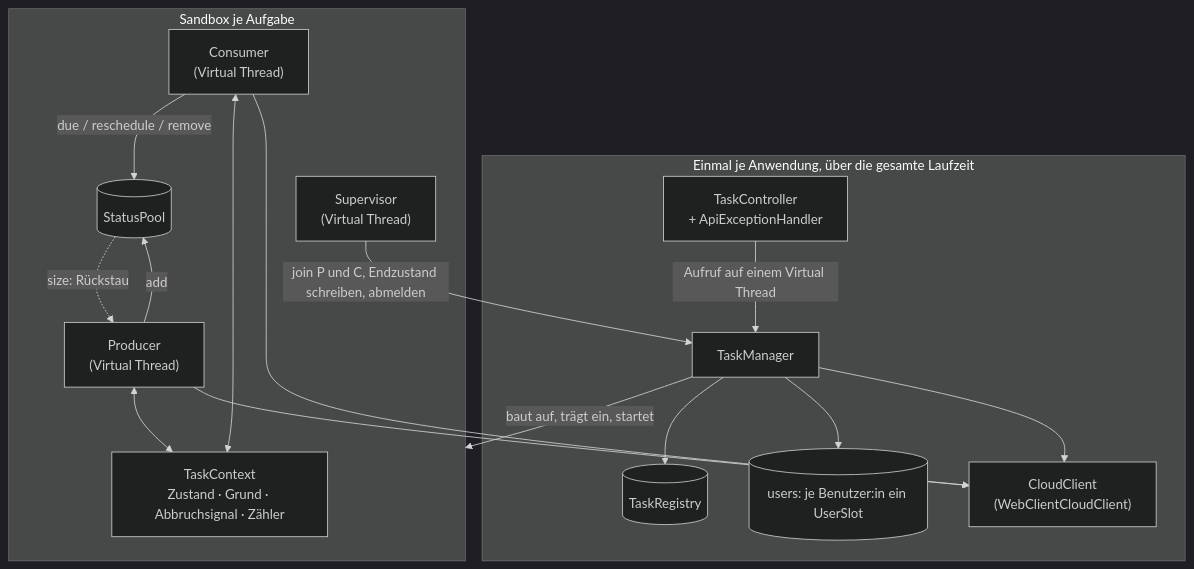
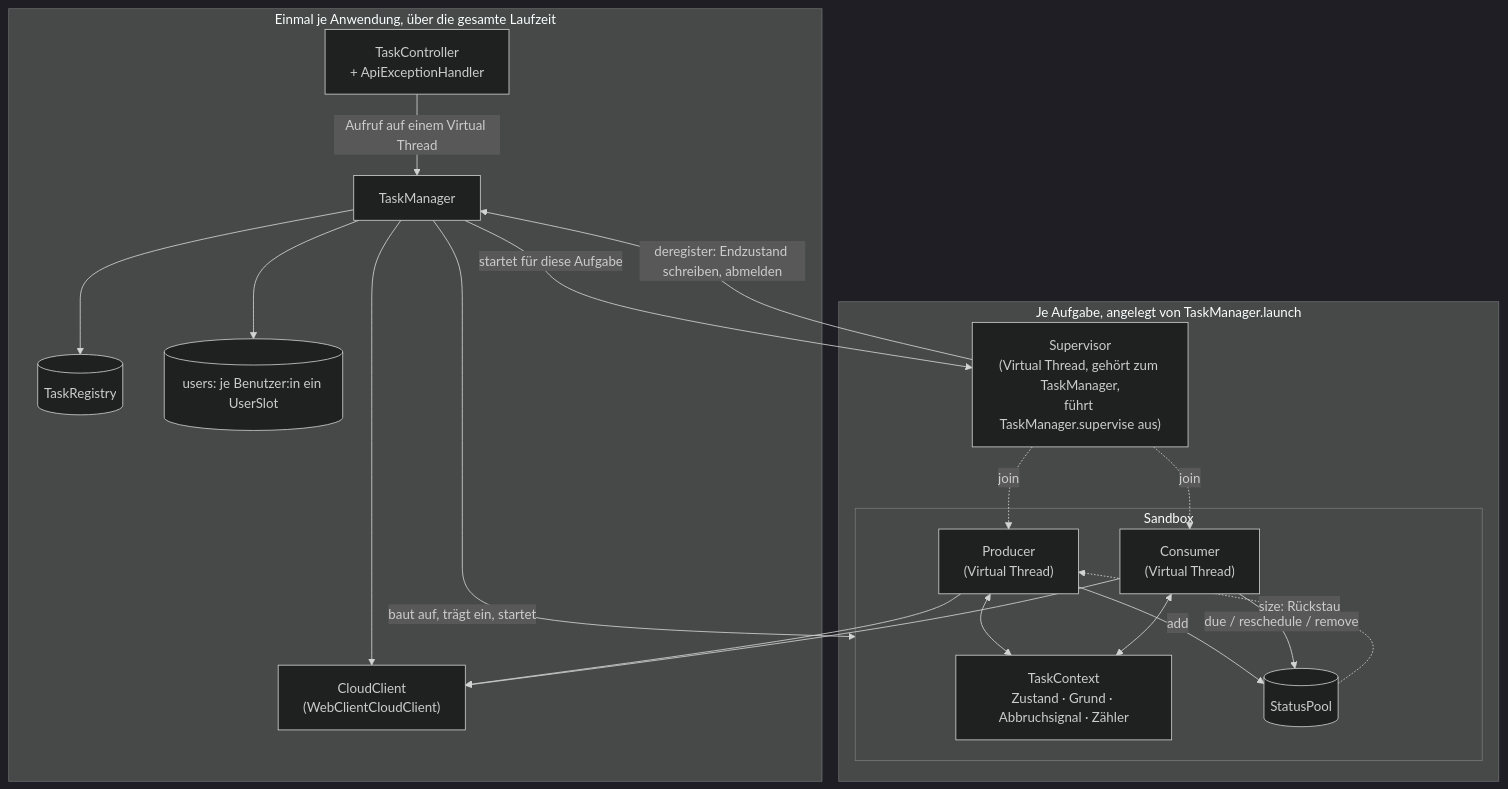
One commit to wwsstl/asynchrone-anwendungsarchitektur changed the diagram in docs/architect/laufzeitstruktur.mmd. Above: the diagram before and after it, drawn with Mermaid (dark theme). The commit also changed 2 other files, not shown here.

```diff
--- a/docs/architect/laufzeitstruktur.mmd
+++ b/docs/architect/laufzeitstruktur.mmd
@@ -1,32 +1,39 @@
 flowchart TB
 
     %% Laufzeitstruktur (Übersetzung von implementierung_zh.md, Abschnitt 1.4)
-    %% Oben die Objekte, die es über die gesamte Laufzeit genau einmal gibt; unten die Sandbox, die je Aufgabe entsteht
+    %% Oben die Objekte, die es über die gesamte Laufzeit genau einmal gibt; unten, was je Aufgabe entsteht.
+    %% Der Supervisor-Thread gehört zum TaskManager (er führt TaskManager.supervise aus) und ist nicht Teil der
+    %% Sandbox; TaskManager.launch startet aber je Aufgabe einen eigenen.
 
     subgraph Singletons["Einmal je Anwendung, über die gesamte Laufzeit"]
         API["TaskController<br/>+ ApiExceptionHandler"]
         TM["TaskManager"]
         Reg[("TaskRegistry")]
         Users[("users: je Benutzer:in ein UserSlot")]
         Cloud["CloudClient<br/>(WebClientCloudClient)"]
     end
-    subgraph SB["Sandbox je Aufgabe"]
-        Ctx["TaskContext<br/>Zustand · Grund · Abbruchsignal · Zähler"]
-        Pool[("StatusPool")]
-        P["Producer<br/>(Virtual Thread)"]
-        C["Consumer<br/>(Virtual Thread)"]
-        Sup["Supervisor<br/>(Virtual Thread)"]
+    subgraph PerTask["Je Aufgabe, angelegt von TaskManager.launch"]
+        subgraph SB["Sandbox"]
+            Ctx["TaskContext<br/>Zustand · Grund · Abbruchsignal · Zähler"]
+            Pool[("StatusPool")]
+            P["Producer<br/>(Virtual Thread)"]
+            C["Consumer<br/>(Virtual Thread)"]
+        end
+        Sup["Supervisor<br/>(Virtual Thread, gehört zum TaskManager,<br/>führt TaskManager.supervise aus)"]
     end
     API -->|"Aufruf auf einem Virtual Thread"| TM
     TM --> Reg
     TM --> Users
     TM -->|"baut auf, trägt ein, startet"| SB
+    TM -->|"startet für diese Aufgabe"| Sup
     P <--> Ctx
     C <--> Ctx
     P -->|"add"| Pool
     C -->|"due / reschedule / remove"| Pool
     Pool -.->|"size: Rückstau"| P
-    Sup -->|"join P und C, Endzustand schreiben, abmelden"| TM
+    Sup -.->|"join"| P
+    Sup -.->|"join"| C
+    Sup -->|"deregister: Endzustand schreiben, abmelden"| TM
     P --> Cloud
     C --> Cloud
     TM --> Cloud
```
